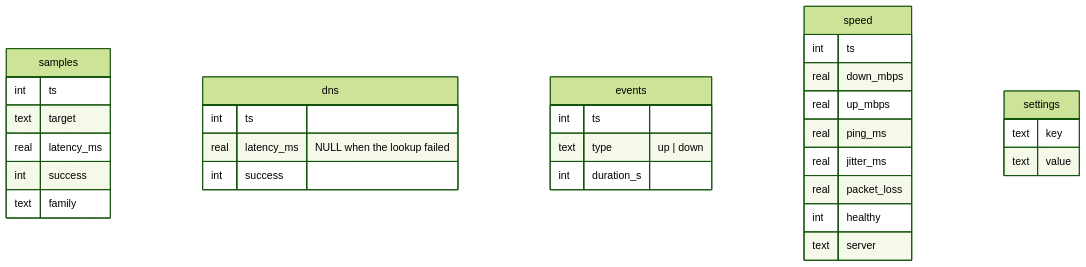
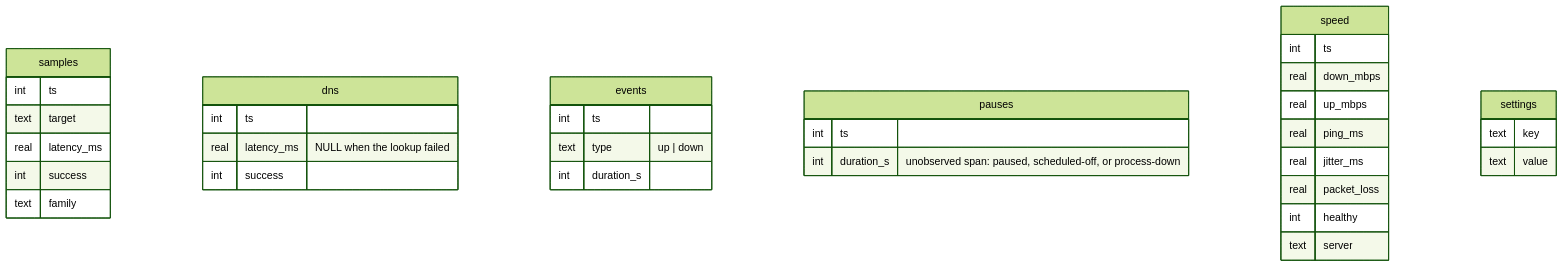
One commit to pingular/pingularity changed the fifth of 7 diagrams in README.md. Above: the diagram before and after it, drawn with Mermaid (forest theme). The commit also changed other lines of this file and 141 other files, not shown here.

````diff
--- a/README.md
+++ b/README.md
@@ -956,34 +1123,38 @@
 ```mermaid
 erDiagram
   samples {
     int  ts
     text target
     real latency_ms
     int  success
     text family
   }
   dns {
     int  ts
     real latency_ms "NULL when the lookup failed"
     int  success
   }
   events {
     int  ts
     text type "up | down"
     int  duration_s
   }
+  pauses {
+    int  ts
+    int  duration_s "unobserved span: paused, scheduled-off, or process-down"
+  }
   speed {
     int  ts
     real down_mbps
     real up_mbps
     real ping_ms
     real jitter_ms
     real packet_loss
     int  healthy
     text server
   }
   settings {
     text key
     text value
   }
 ```
````
